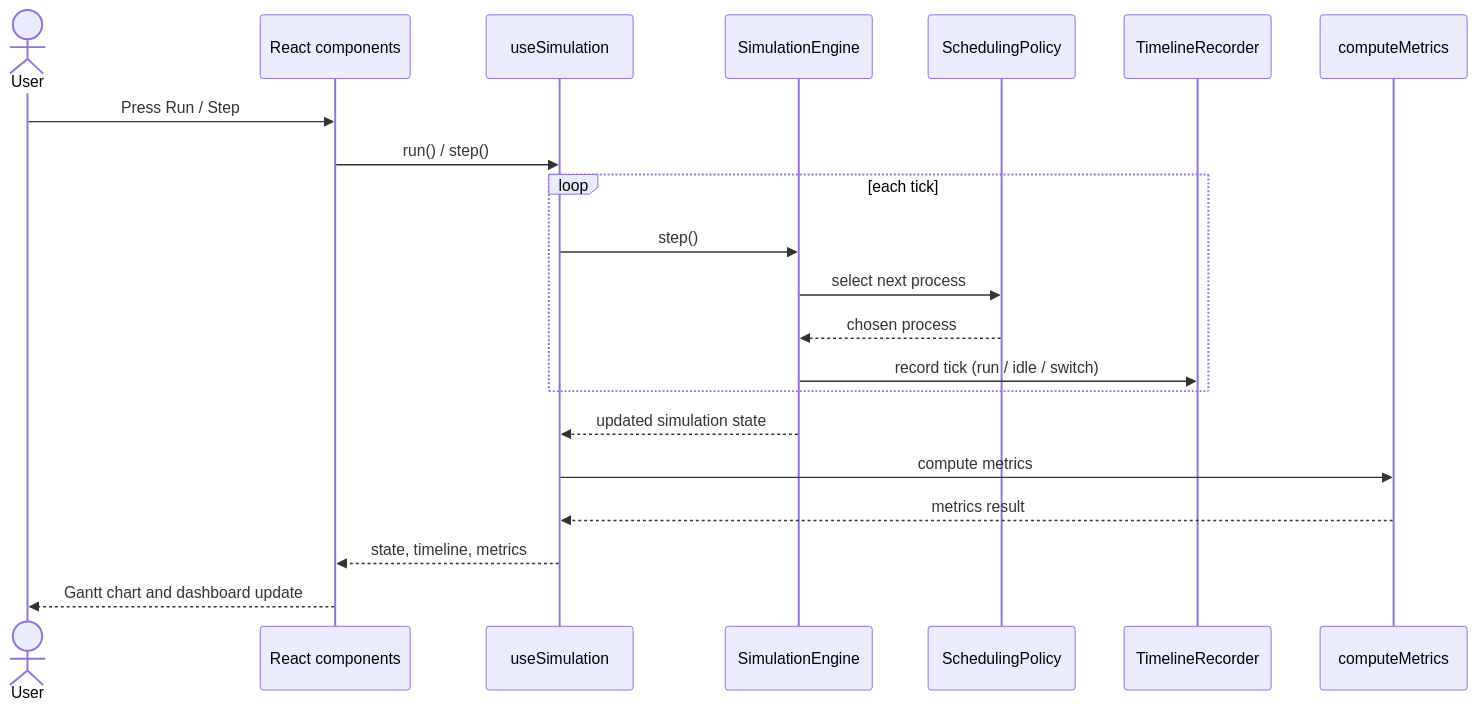
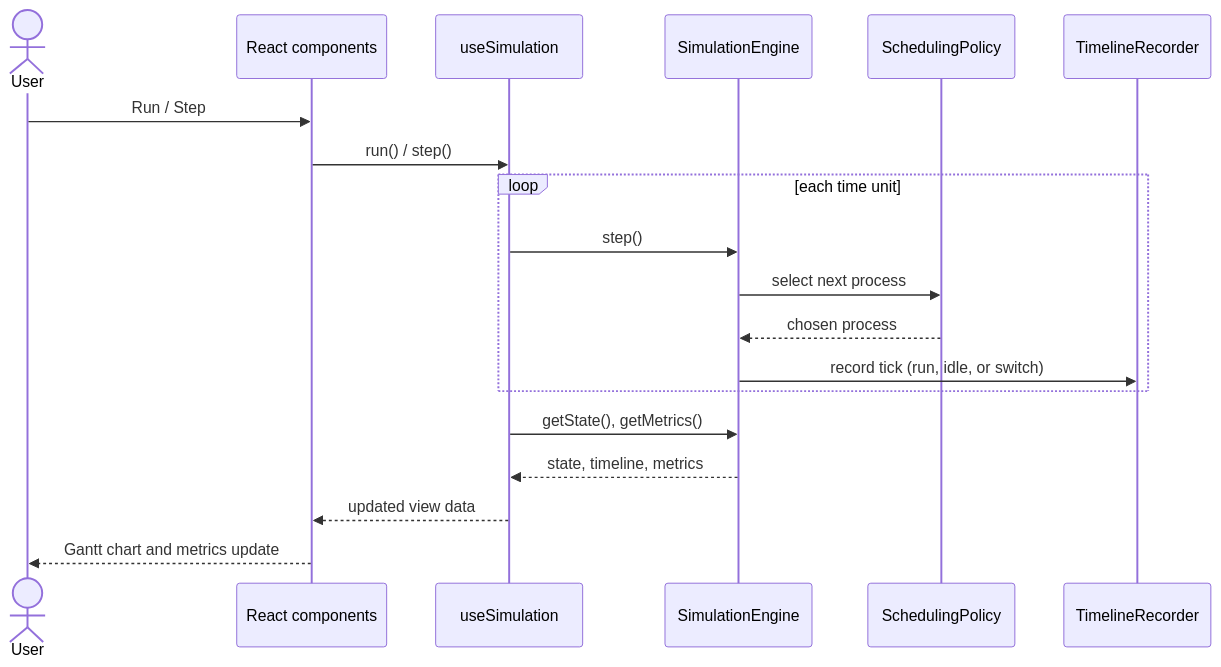
The fourth of 9 diagrams in README.md (ahmedmedhat-se/cpu-process-scheduling-app), drawn with Mermaid before and after one commit. The commit also changed other lines of this file, not shown here.

Commit message:
docs: modifying README.md with OS concepts, architecture, and design decisions

````diff
--- a/README.md
+++ b/README.md
@@ -118,24 +143,22 @@
 ```mermaid
 sequenceDiagram
     actor User
     participant UI as React components
     participant Hook as useSimulation
     participant Engine as SimulationEngine
     participant Policy as SchedulingPolicy
     participant Rec as TimelineRecorder
-    participant Met as computeMetrics
- 
-    User->>UI: Press Run / Step
+
+    User->>UI: Run / Step
     UI->>Hook: run() / step()
-    loop each tick
+    loop each time unit
         Hook->>Engine: step()
         Engine->>Policy: select next process
         Policy-->>Engine: chosen process
-        Engine->>Rec: record tick (run / idle / switch)
+        Engine->>Rec: record tick (run, idle, or switch)
     end
-    Engine-->>Hook: updated simulation state
-    Hook->>Met: compute metrics
-    Met-->>Hook: metrics result
-    Hook-->>UI: state, timeline, metrics
-    UI-->>User: Gantt chart and dashboard update
+    Hook->>Engine: getState(), getMetrics()
+    Engine-->>Hook: state, timeline, metrics
+    Hook-->>UI: updated view data
+    UI-->>User: Gantt chart and metrics update
 ```
````
